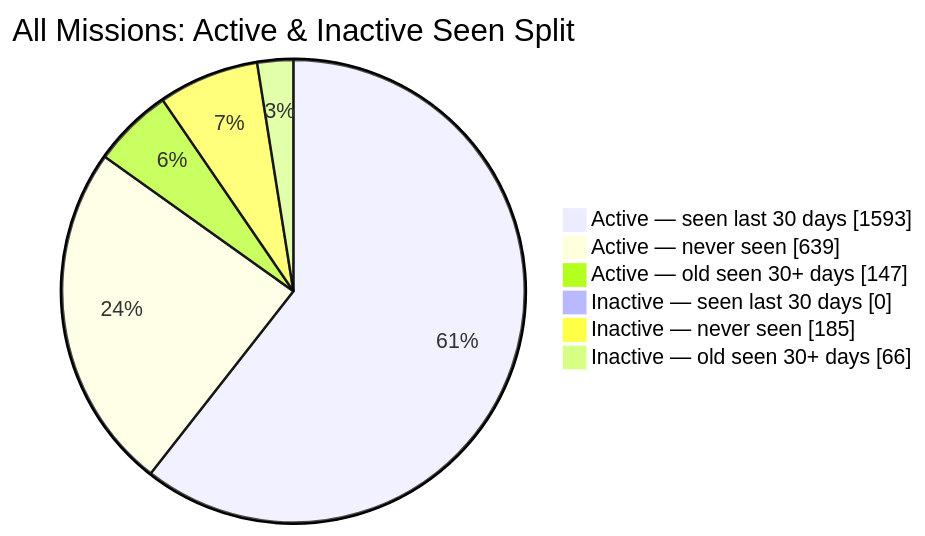
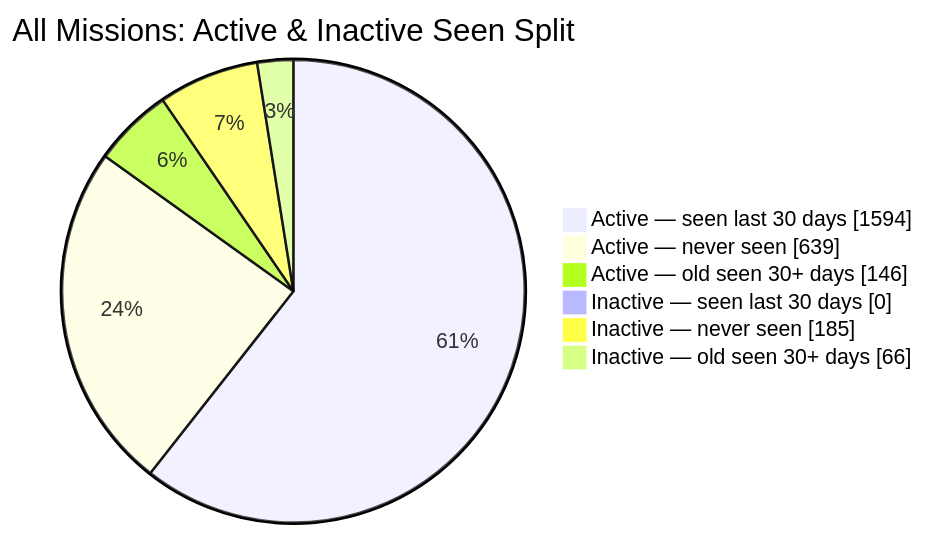
The second of 2 diagrams in README.md (MeldkamerspelGameTeam/active-missions), drawn with Mermaid before and after one commit. The commit also changed other lines of this file and 2 other files, not shown here.

````diff
--- a/README.md
+++ b/README.md
@@ -44,10 +44,10 @@
 ```mermaid
 pie showData
     title All Missions: Active & Inactive Seen Split
-    "Active — seen last 30 days" : 1593
+    "Active — seen last 30 days" : 1594
     "Active — never seen" : 639
-    "Active — old seen 30+ days" : 147
+    "Active — old seen 30+ days" : 146
     "Inactive — seen last 30 days" : 0
     "Inactive — never seen" : 185
     "Inactive — old seen 30+ days" : 66
 ```
````
